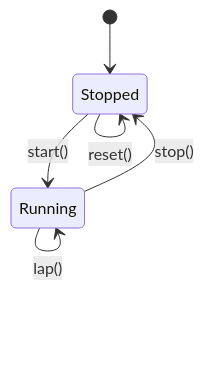
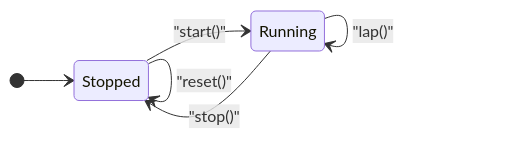
One commit to Amey-Thakur/PYTHON-SHORTS changed the first of 2 diagrams in Source Code/Stop Watch/README.md. Above: the diagram before and after it, drawn with Mermaid. The commit also changed other lines of this file, not shown here.

````diff
--- a/Source Code/Stop Watch/README.md
+++ b/Source Code/Stop Watch/README.md
@@ -55,8 +58,9 @@
 ```mermaid
 stateDiagram-v2
+    direction LR
     [*] --> Stopped
-    Stopped --> Running : start()
-    Running --> Running : lap()
-    Running --> Stopped : stop()
-    Stopped --> Stopped : reset()
+    Stopped --> Running : "start()"
+    Running --> Running : "lap()"
+    Running --> Stopped : "stop()"
+    Stopped --> Stopped : "reset()"
 ```
````
